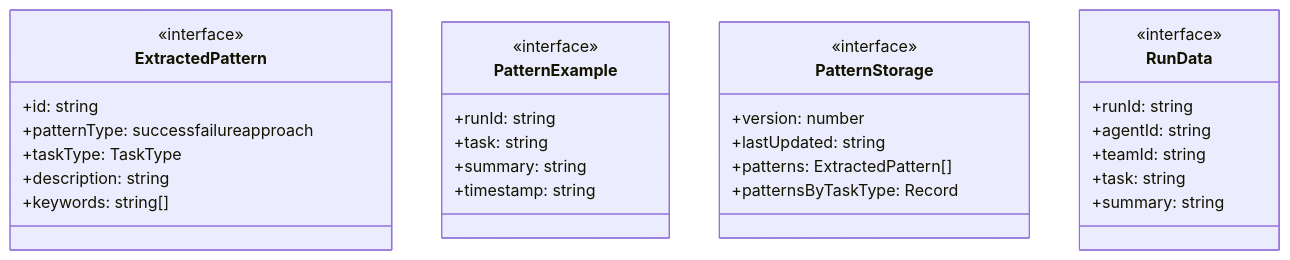
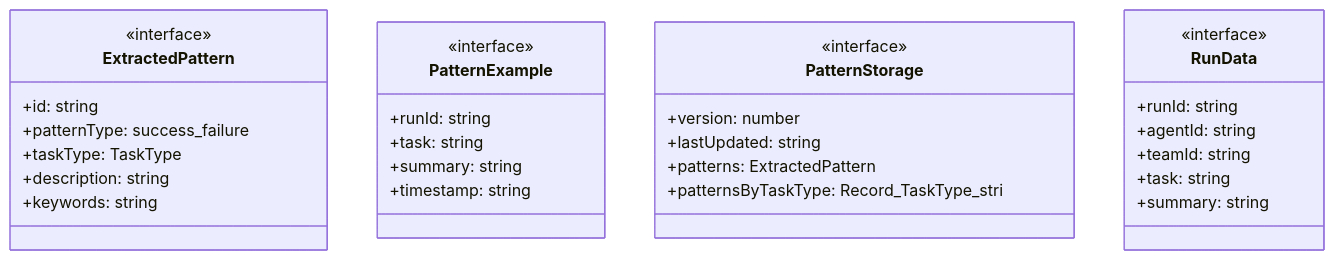
One commit to Mekann2904/mekann changed the first of 4 diagrams in ABDD/.pi/lib/pattern-extraction.md. Above: the diagram before and after it, drawn with Mermaid. The commit also changed other lines of this file and 174 other files, not shown here.

First line of the commit message:
fix(docs): ABDDのMermaid図生成エラーを修正する

````diff
--- a/ABDD/.pi/lib/pattern-extraction.md
+++ b/ABDD/.pi/lib/pattern-extraction.md
@@ -49,33 +49,33 @@
 ```mermaid
 classDiagram
   class ExtractedPattern {
     <<interface>>
     +id: string
-    +patternType: successfailureapproach
+    +patternType: success_failure
     +taskType: TaskType
     +description: string
-    +keywords: string[]
+    +keywords: string
   }
   class PatternExample {
     <<interface>>
     +runId: string
     +task: string
     +summary: string
     +timestamp: string
   }
   class PatternStorage {
     <<interface>>
     +version: number
     +lastUpdated: string
-    +patterns: ExtractedPattern[]
-    +patternsByTaskType: Record<TaskTypestring[]>
+    +patterns: ExtractedPattern
+    +patternsByTaskType: Record_TaskType_stri
   }
   class RunData {
     <<interface>>
     +runId: string
     +agentId: string
     +teamId: string
     +task: string
     +summary: string
   }
 ```
````
